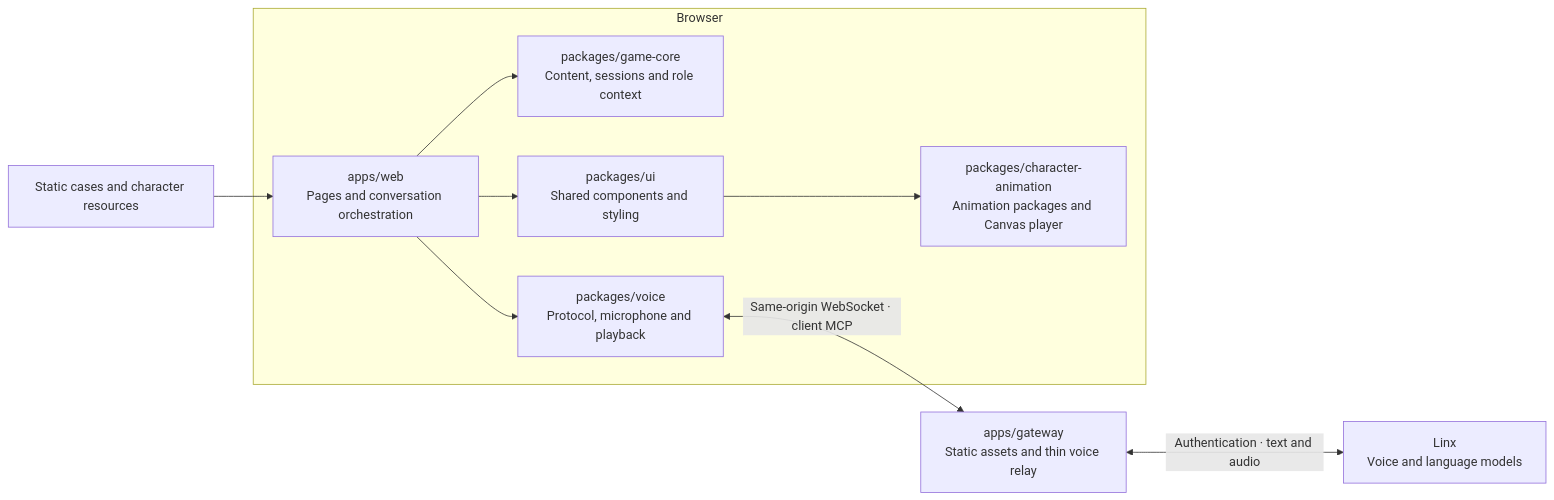
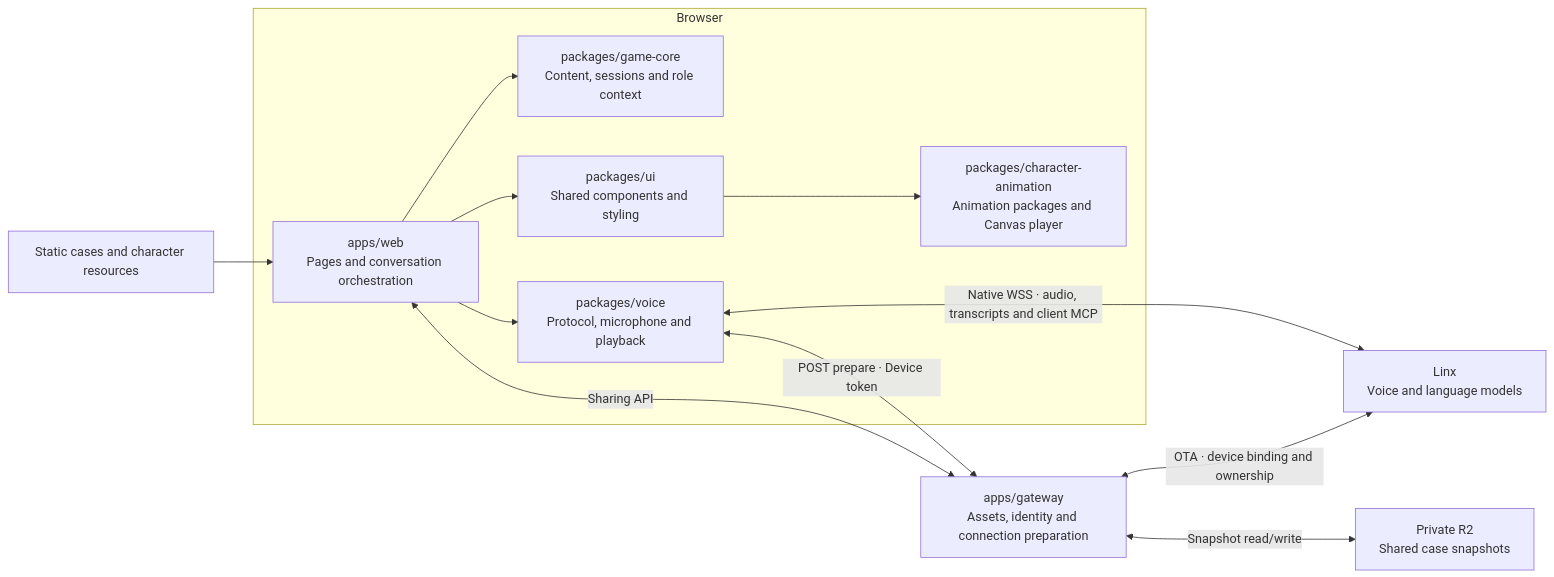
Before and after one commit to nighca/lie: the diagram in README.md, drawn with Mermaid. The commit also changed other lines of this file and 8 other files, not shown here.

Commit message:
Document released browser-direct voice architecture

````diff
--- a/README.md
+++ b/README.md
@@ -90,20 +90,24 @@
 ```mermaid
 flowchart LR
     Content["Static cases and character resources"]
     subgraph Browser["Browser"]
         Web["apps/web<br/>Pages and conversation orchestration"]
         Core["packages/game-core<br/>Content, sessions and role context"]
         UI["packages/ui<br/>Shared components and styling"]
         Voice["packages/voice<br/>Protocol, microphone and playback"]
         Animation["packages/character-animation<br/>Animation packages and Canvas player"]
         Web --> Core
         Web --> UI
         Web --> Voice
         UI --> Animation
     end
-    Gateway["apps/gateway<br/>Static assets and thin voice relay"]
+    Gateway["apps/gateway<br/>Assets, identity and connection preparation"]
     Linx["Linx<br/>Voice and language models"]
+    R2["Private R2<br/>Shared case snapshots"]
     Content --> Web
-    Voice <-->|"Same-origin WebSocket · client MCP"| Gateway
-    Gateway <-->|"Authentication · text and audio"| Linx
+    Voice <-->|"POST prepare · Device token"| Gateway
+    Voice <-->|"Native WSS · audio, transcripts and client MCP"| Linx
+    Gateway <-->|"OTA · device binding and ownership"| Linx
+    Web <-->|"Sharing API"| Gateway
+    Gateway <-->|"Snapshot read/write"| R2
 ```
````
